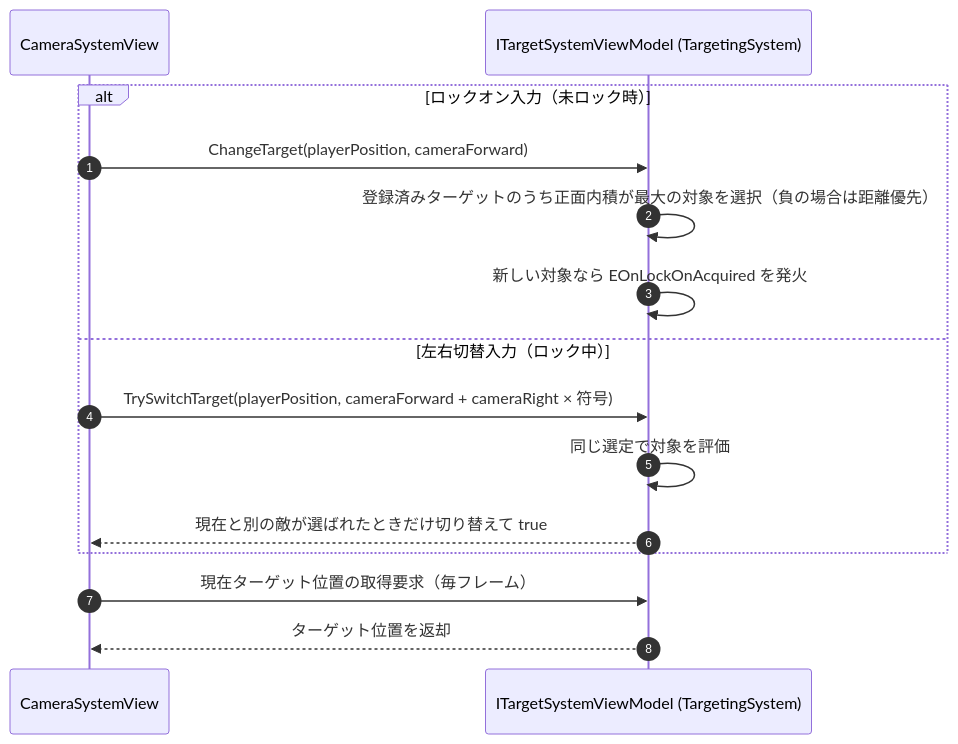
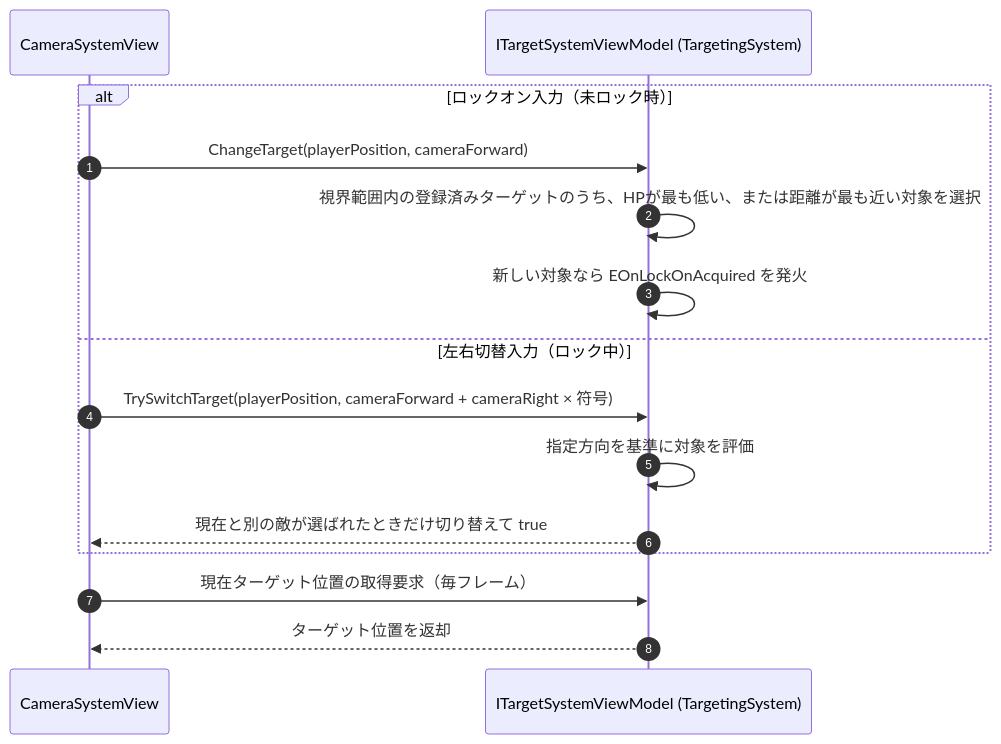
The diagram in Docs/NotionMigration/pages/A2b/3bf7c2c6-cc02-815a-a6d6-cfcb3edb3cbd.md (HIBIKI5201/SymphonyKillChord), drawn with Mermaid before and after one commit. The commit also changed other lines of this file and 66 other files, not shown here.

````diff
--- a/Docs/NotionMigration/pages/A2b/3bf7c2c6-cc02-815a-a6d6-cfcb3edb3cbd.md
+++ b/Docs/NotionMigration/pages/A2b/3bf7c2c6-cc02-815a-a6d6-cfcb3edb3cbd.md
@@ -26,18 +31,18 @@
 ```Mermaid
 sequenceDiagram
     autonumber
     participant Camera as CameraSystemView
     participant TSys as ITargetSystemViewModel (TargetingSystem)
 
     alt ロックオン入力（未ロック時）
         Camera ->> TSys: ChangeTarget(playerPosition, cameraForward)
-        TSys ->> TSys: 登録済みターゲットのうち正面内積が最大の対象を選択（負の場合は距離優先）
+        TSys ->> TSys: 視界範囲内の登録済みターゲットのうち、HPが最も低い、または距離が最も近い対象を選択
         TSys ->> TSys: 新しい対象なら EOnLockOnAcquired を発火
     else 左右切替入力（ロック中）
         Camera ->> TSys: TrySwitchTarget(playerPosition, cameraForward + cameraRight × 符号)
-        TSys ->> TSys: 同じ選定で対象を評価
+        TSys ->> TSys: 指定方向を基準に対象を評価
         TSys -->> Camera: 現在と別の敵が選ばれたときだけ切り替えて true
     end
     Camera ->> TSys: 現在ターゲット位置の取得要求（毎フレーム）
     TSys -->> Camera: ターゲット位置を返却
 ```
````
